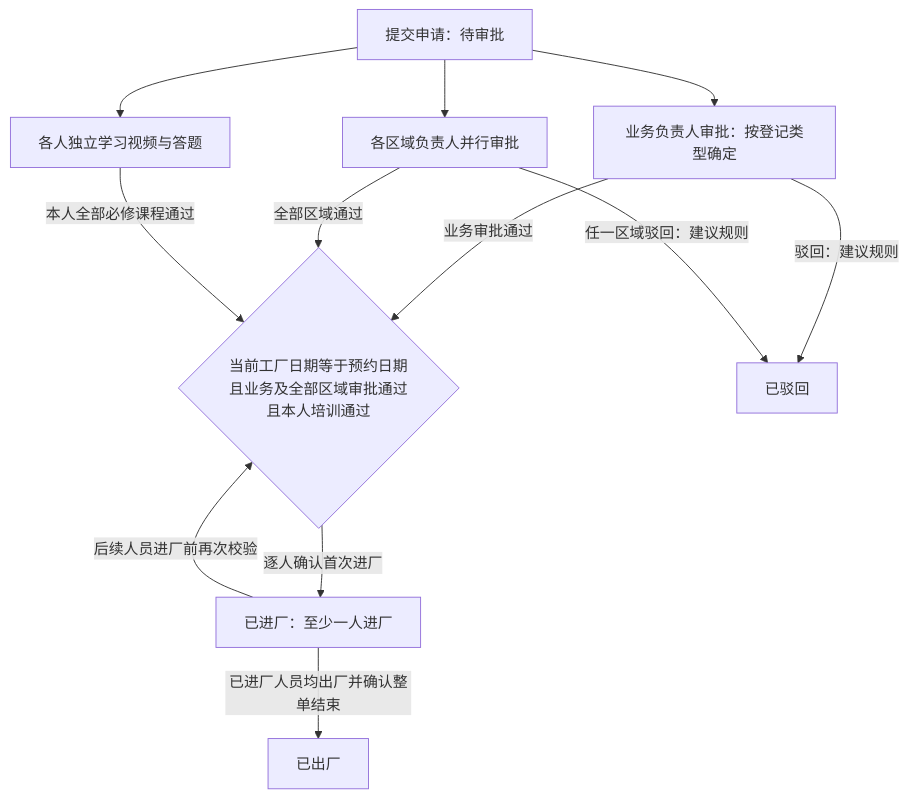
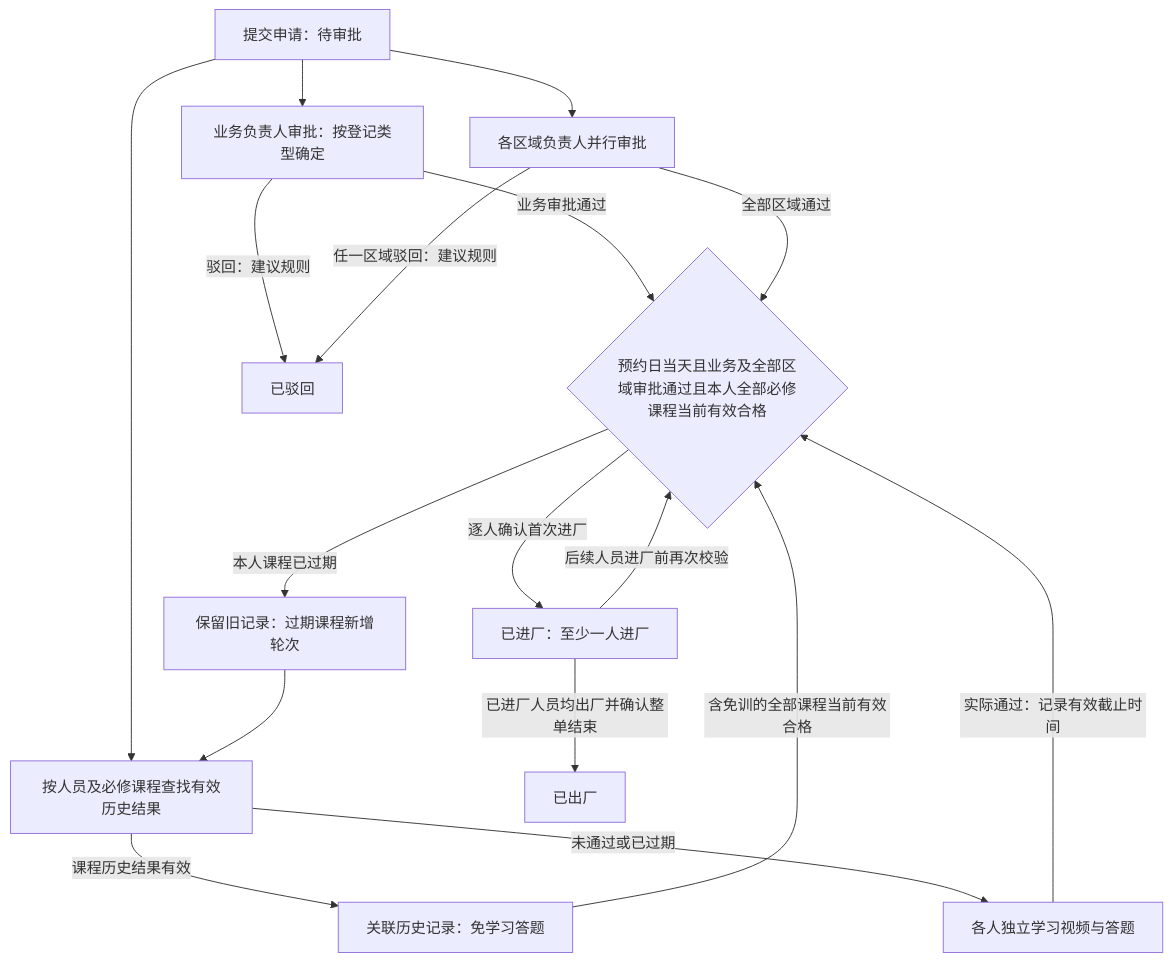
Before and after one commit to neozhu/visit-traning-client: the first of 2 diagrams in doc/VisitSafe-Backend-SPEC.md, drawn with Mermaid. The commit also changed other lines of this file, not shown here.

````diff
--- a/doc/VisitSafe-Backend-SPEC.md
+++ b/doc/VisitSafe-Backend-SPEC.md
@@ -167,14 +168,19 @@
 ```mermaid
 flowchart TB
     Submitted[提交申请：待审批] --> BusinessReview[业务负责人审批：按登记类型确定]
     Submitted --> AreaReview[各区域负责人并行审批]
-    Submitted --> Training[各人独立学习视频与答题]
-    BusinessReview -->|业务审批通过| Gate{当前工厂日期等于预约日期且业务及全部区域审批通过且本人培训通过}
+    Submitted --> MatchTraining[按人员及必修课程查找有效历史结果]
+    MatchTraining -->|课程历史结果有效| Reused[关联历史记录：免学习答题]
+    MatchTraining -->|未通过或已过期| Training[各人独立学习视频与答题]
+    BusinessReview -->|业务审批通过| Gate{预约日当天且业务及全部区域审批通过且本人全部必修课程当前有效合格}
     AreaReview -->|全部区域通过| Gate
-    Training -->|本人全部必修课程通过| Gate
+    Reused -->|含免训的全部课程当前有效合格| Gate
+    Training -->|实际通过：记录有效截止时间| Gate
+    Gate -->|本人课程已过期| RenewTraining[保留旧记录：过期课程新增轮次]
+    RenewTraining --> MatchTraining
     BusinessReview -->|驳回：建议规则| Rejected[已驳回]
     AreaReview -->|任一区域驳回：建议规则| Rejected
     Gate -->|逐人确认首次进厂| CheckedIn[已进厂：至少一人进厂]
     CheckedIn -->|后续人员进厂前再次校验| Gate
     CheckedIn -->|已进厂人员均出厂并确认整单结束| CheckedOut[已出厂]
 ```
````
